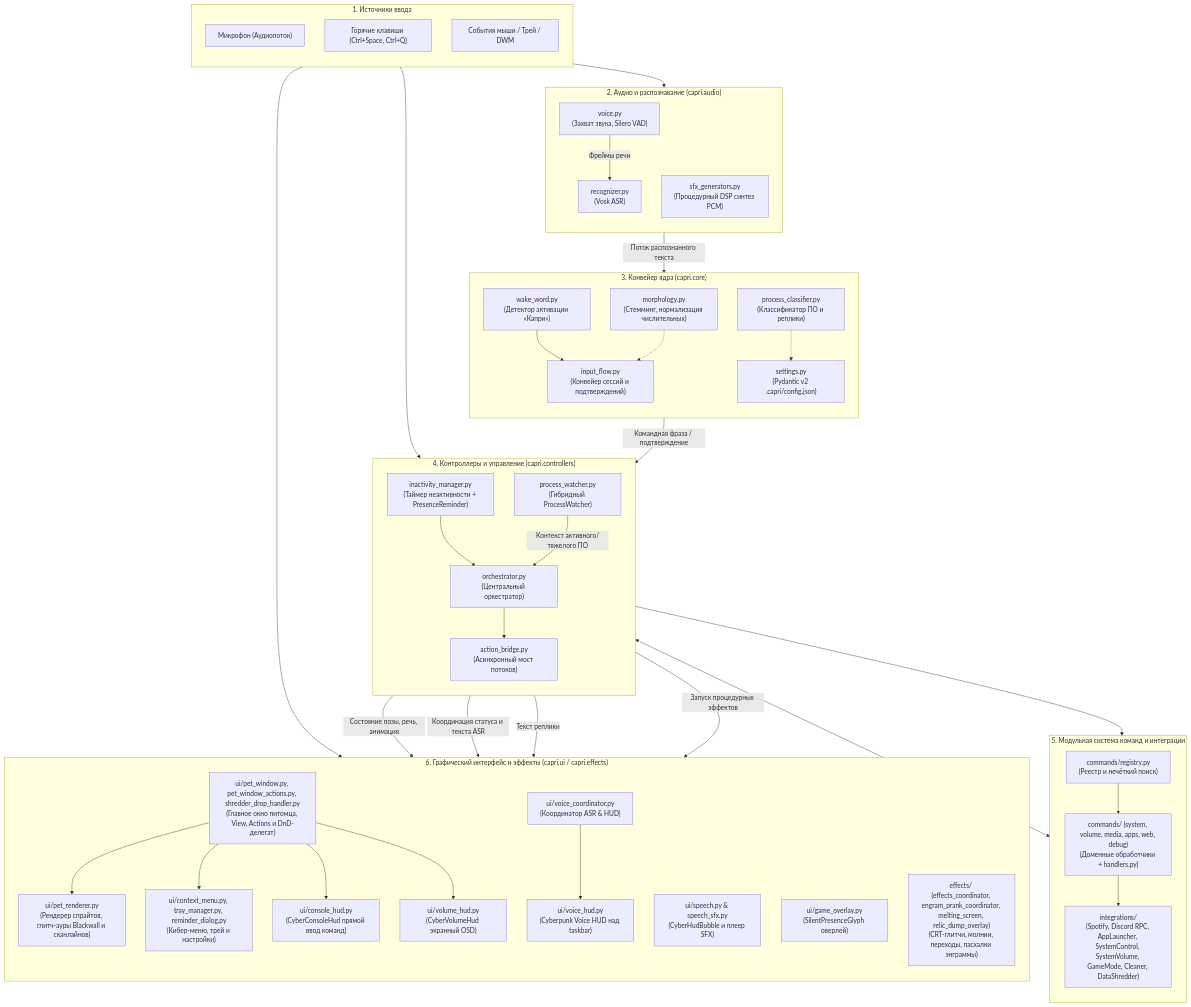
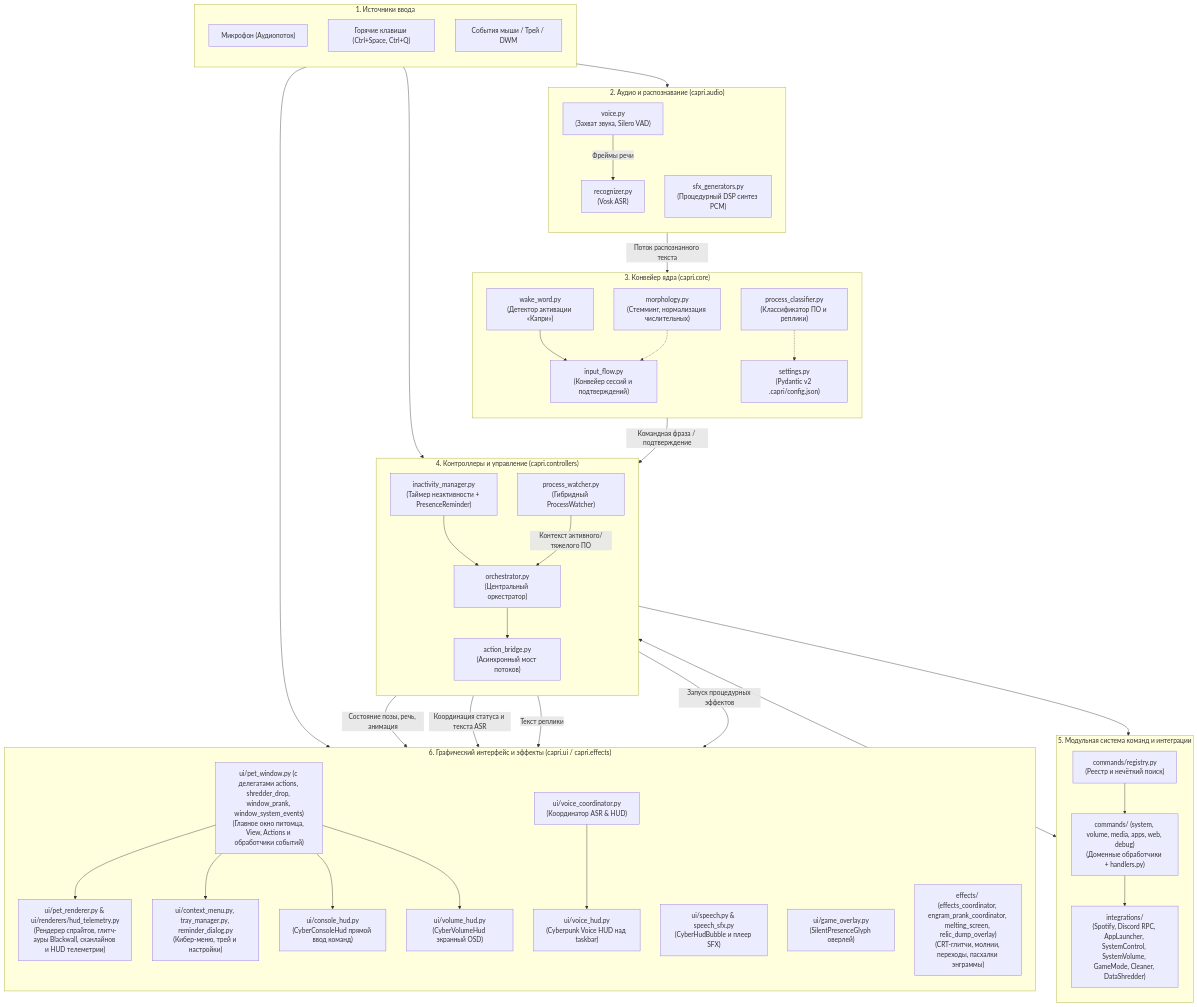
Before and after one commit to xTerionsilker/CapriPet-Python: the first of 6 diagrams in docs/architecture.md, drawn with Mermaid. The commit also changed 4 other files, not shown here.

First line of the commit message:
docs(docs): reorganize agent guidelines and synchronize project architecture (#45)

```diff
--- a/docs/architecture.md
+++ b/docs/architecture.md
@@ -62,8 +62,8 @@
     %% UI и Визуальные эффекты
     subgraph VisualPresentation["6. Графический интерфейс и эффекты (capri.ui / capri.effects)"]
         direction TB
-        PetWindow["ui/pet_window.py, pet_window_actions.py, shredder_drop_handler.py<br/>(Главное окно питомца, View, Actions и DnD-делегат)"]
-        PetRenderer["ui/pet_renderer.py<br/>(Рендерер спрайтов, глитч-ауры Blackwall и сканлайнов)"]
+        PetWindow["ui/pet_window.py (с делегатами actions, shredder_drop, window_prank, window_system_events)<br/>(Главное окно питомца, View, Actions и обработчики событий)"]
+        PetRenderer["ui/pet_renderer.py & ui/renderers/hud_telemetry.py<br/>(Рендерер спрайтов, глитч-ауры Blackwall, сканлайнов и HUD телеметрии)"]
         ContextMenu["ui/context_menu.py, tray_manager.py, reminder_dialog.py<br/>(Кибер-меню, трей и настройки)"]
         ConsoleHUD["ui/console_hud.py<br/>(CyberConsoleHud прямой ввод команд)"]
         VoiceCoord["ui/voice_coordinator.py<br/>(Координатор ASR & HUD)"]
```
